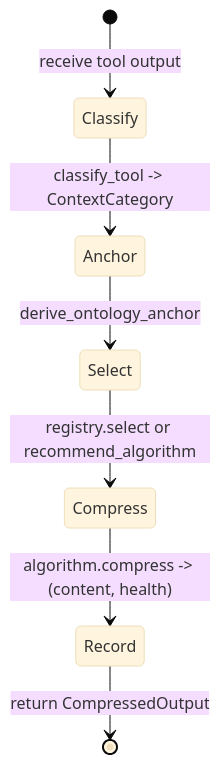
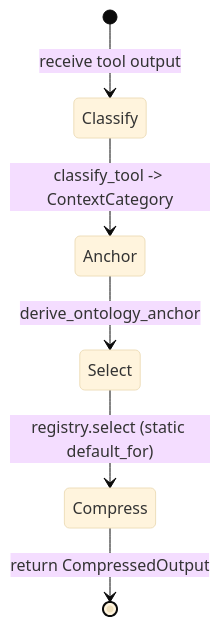
Before and after one commit to mdz-axo/zed-kask: the diagram in kask/docs/diataxis/hkask-condenser/explanation.md, drawn with Mermaid (base theme). The commit also changed other lines of this file and 17 other files, not shown here.

````diff
--- a/kask/docs/diataxis/hkask-condenser/explanation.md
+++ b/kask/docs/diataxis/hkask-condenser/explanation.md
@@ -45,9 +43,8 @@
 ```mermaid
 stateDiagram-v2
     [*] --> Classify: receive tool output
     Classify --> Anchor: classify_tool -> ContextCategory
     Anchor --> Select: derive_ontology_anchor
-    Select --> Compress: registry.select or recommend_algorithm
-    Compress --> Record: algorithm.compress -> (content, health)
-    Record --> [*]: return CompressedOutput
+    Select --> Compress: registry.select (static default_for)
+    Compress --> [*]: return CompressedOutput
 ```
````
